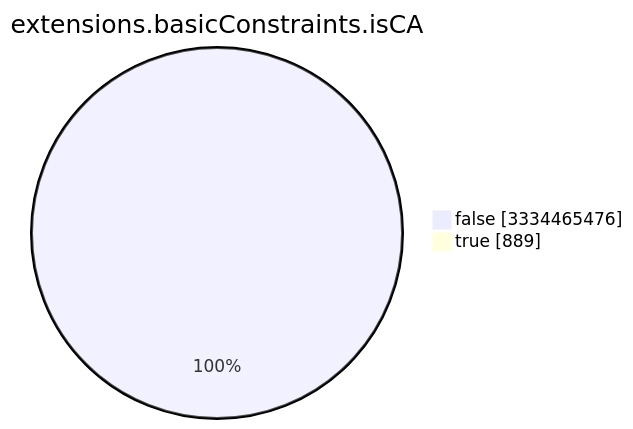
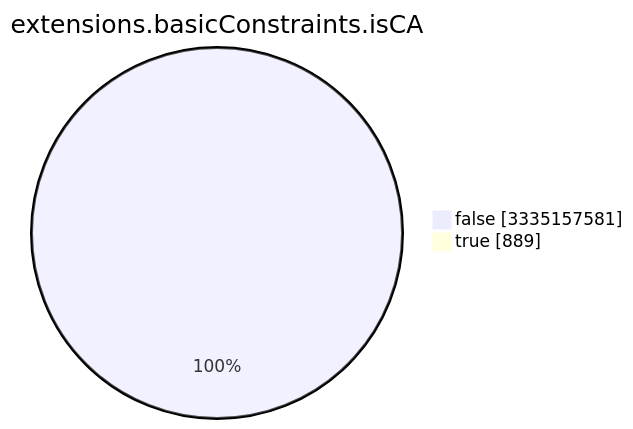
One commit to christiankrug/ctmonitor_visualization changed the seventh of 15 diagrams in TOTAL/README.md. Above: the diagram before and after it, drawn with Mermaid. The commit also changed other lines of this file, not shown here.

````diff
--- a/TOTAL/README.md
+++ b/TOTAL/README.md
@@ -3089,6 +3089,6 @@
 ```mermaid
 pie showData
 title extensions.basicConstraints.isCA
-"false" :3334465476
+"false" :3335157581
 "true" :889
 ```
````
